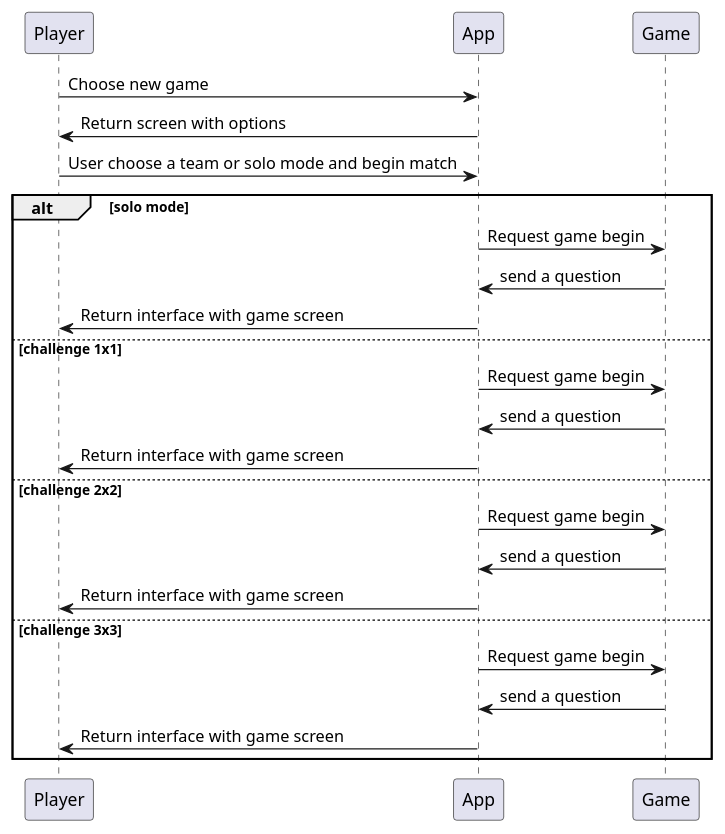
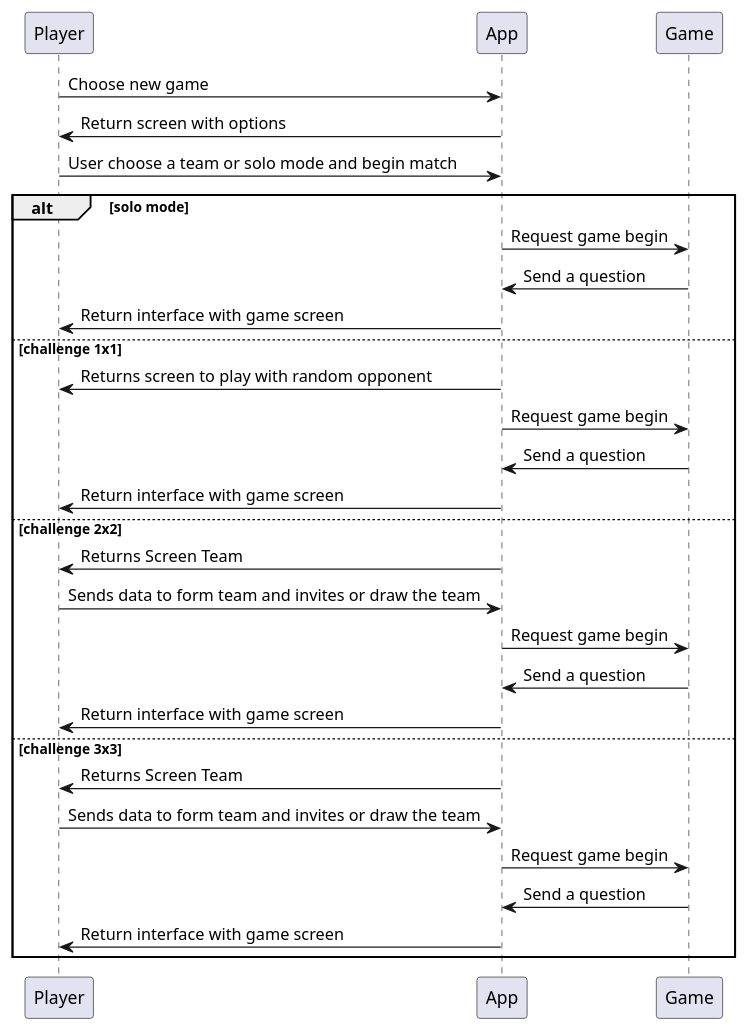
The diagram in docs/uml/NFD_CreateTeam.puml (orion-services/game), drawn with PlantUML before and after one commit.

```diff
--- a/docs/uml/NFD_CreateTeam.puml
+++ b/docs/uml/NFD_CreateTeam.puml
@@ -1,30 +1,35 @@
 @startuml NFD_Game
 
 Player -> App : Choose new game
 Player <- App : Return screen with options
 Player -> App : User choose a team or solo mode and begin match
 
 alt solo mode
     App -> Game : Request game begin
-    App <- Game : send a question
+    App <- Game : Send a question
     Player <- App : Return interface with game screen
 
 else challenge 1x1
+    App -> Player : Returns screen to play with random opponent
     App -> Game : Request game begin
-    App <- Game : send a question
+    App <- Game : Send a question
     Player <- App : Return interface with game screen
     
 else challenge 2x2
+    App -> Player : Returns Screen Team
+    Player -> App: Sends data to form team and invites or draw the team
     App -> Game : Request game begin
-    App <- Game : send a question
+    App <- Game : Send a question
     Player <- App : Return interface with game screen
     
 else challenge 3x3
+    App -> Player : Returns Screen Team
+    Player -> App: Sends data to form team and invites or draw the team
     App -> Game : Request game begin
-    App <- Game : send a question
+    App <- Game : Send a question
     Player <- App : Return interface with game screen
-  
+    
 
 end
 
 @enduml
```
